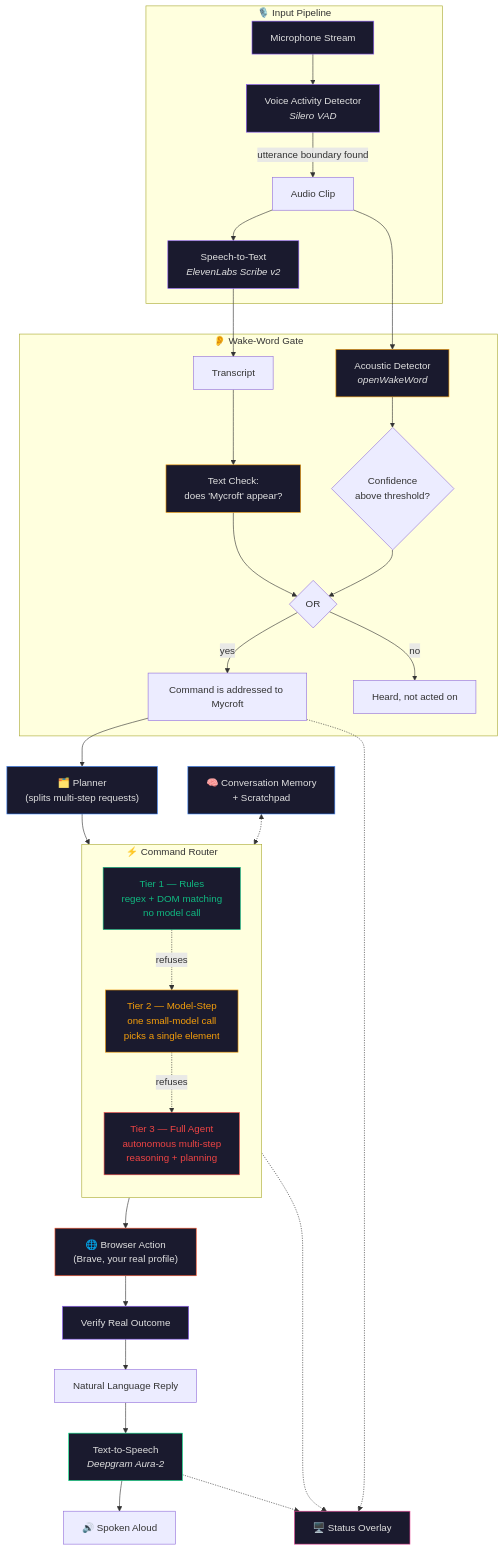
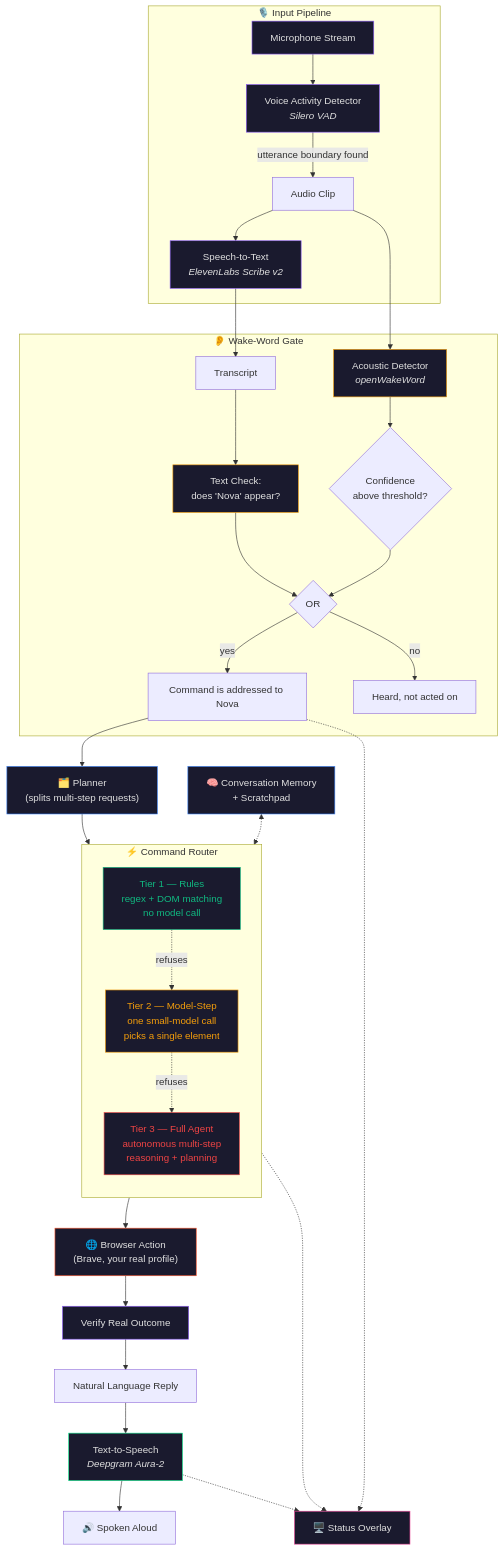
Before and after one commit to Saishhhhhh/Nova---Browser-Assistant: the second of 6 diagrams in ARCHITECTURE.md, drawn with Mermaid. The commit also changed other lines of this file and 40 other files, not shown here.

First line of the commit message:
rename: Mycroft -> Nova; wire in a real custom-trained acoustic wake-word model

````diff
--- a/ARCHITECTURE.md
+++ b/ARCHITECTURE.md
@@ -47,59 +47,59 @@
 ```mermaid
 graph TB
     subgraph INPUT ["🎙️ Input Pipeline"]
         MIC["Microphone Stream"] --> VAD["Voice Activity Detector<br/><i>Silero VAD</i>"]
         VAD -->|"utterance boundary found"| CLIP["Audio Clip"]
         CLIP --> STT["Speech-to-Text<br/><i>ElevenLabs Scribe v2</i>"]
     end
 
     subgraph GATE ["👂 Wake-Word Gate"]
         STT --> TEXT["Transcript"]
         CLIP --> ACOUSTIC["Acoustic Detector<br/><i>openWakeWord</i>"]
-        TEXT --> TCHECK["Text Check:<br/>does 'Mycroft' appear?"]
+        TEXT --> TCHECK["Text Check:<br/>does 'Nova' appear?"]
         ACOUSTIC --> SCORE{"Confidence<br/>above threshold?"}
         TCHECK --> OR{"OR"}
         SCORE --> OR
-        OR -->|"yes"| ADDRESSED["Command is addressed to Mycroft"]
+        OR -->|"yes"| ADDRESSED["Command is addressed to Nova"]
         OR -->|"no"| IGNORED["Heard, not acted on"]
     end
 
     ADDRESSED --> PLANNER["🗂️ Planner<br/>(splits multi-step requests)"]
     PLANNER --> ROUTER
 
     subgraph ROUTER ["⚡ Command Router"]
         direction TB
         T1["Tier 1 — Rules<br/>regex + DOM matching<br/>no model call"]
         T2["Tier 2 — Model-Step<br/>one small-model call<br/>picks a single element"]
         T3["Tier 3 — Full Agent<br/>autonomous multi-step<br/>reasoning + planning"]
         T1 -.->|refuses| T2
         T2 -.->|refuses| T3
     end
 
     MEMORY["🧠 Conversation Memory<br/>+ Scratchpad"] <-.-> ROUTER
 
     ROUTER --> ACTION["🌐 Browser Action<br/>(Brave, your real profile)"]
     ACTION --> VERIFY["Verify Real Outcome"]
     VERIFY --> REPLY["Natural Language Reply"]
 
     REPLY --> TTS["Text-to-Speech<br/><i>Deepgram Aura-2</i>"]
     TTS --> SPEAKER["🔊 Spoken Aloud"]
 
     ADDRESSED -.-> OVERLAY["🖥️ Status Overlay"]
     ROUTER -.-> OVERLAY
     TTS -.-> OVERLAY
 
     style MIC fill:#1a1a2e,color:#e0e0e0,stroke:#8b5cf6
     style VAD fill:#1a1a2e,color:#e0e0e0,stroke:#8b5cf6
     style STT fill:#1a1a2e,color:#e0e0e0,stroke:#8b5cf6
     style ACOUSTIC fill:#1a1a2e,color:#e0e0e0,stroke:#f59e0b
     style TCHECK fill:#1a1a2e,color:#e0e0e0,stroke:#f59e0b
     style T1 fill:#1a1a2e,color:#10b981,stroke:#10b981
     style T2 fill:#1a1a2e,color:#f59e0b,stroke:#f59e0b
     style T3 fill:#1a1a2e,color:#ef4444,stroke:#ef4444
     style MEMORY fill:#1a1a2e,color:#e0e0e0,stroke:#3b82f6
     style PLANNER fill:#1a1a2e,color:#e0e0e0,stroke:#3b82f6
     style ACTION fill:#1a1a2e,color:#e0e0e0,stroke:#FB542B
     style VERIFY fill:#1a1a2e,color:#e0e0e0,stroke:#8b5cf6
     style TTS fill:#1a1a2e,color:#e0e0e0,stroke:#13EF93
     style OVERLAY fill:#1a1a2e,color:#e0e0e0,stroke:#ec4899
 ```
````
